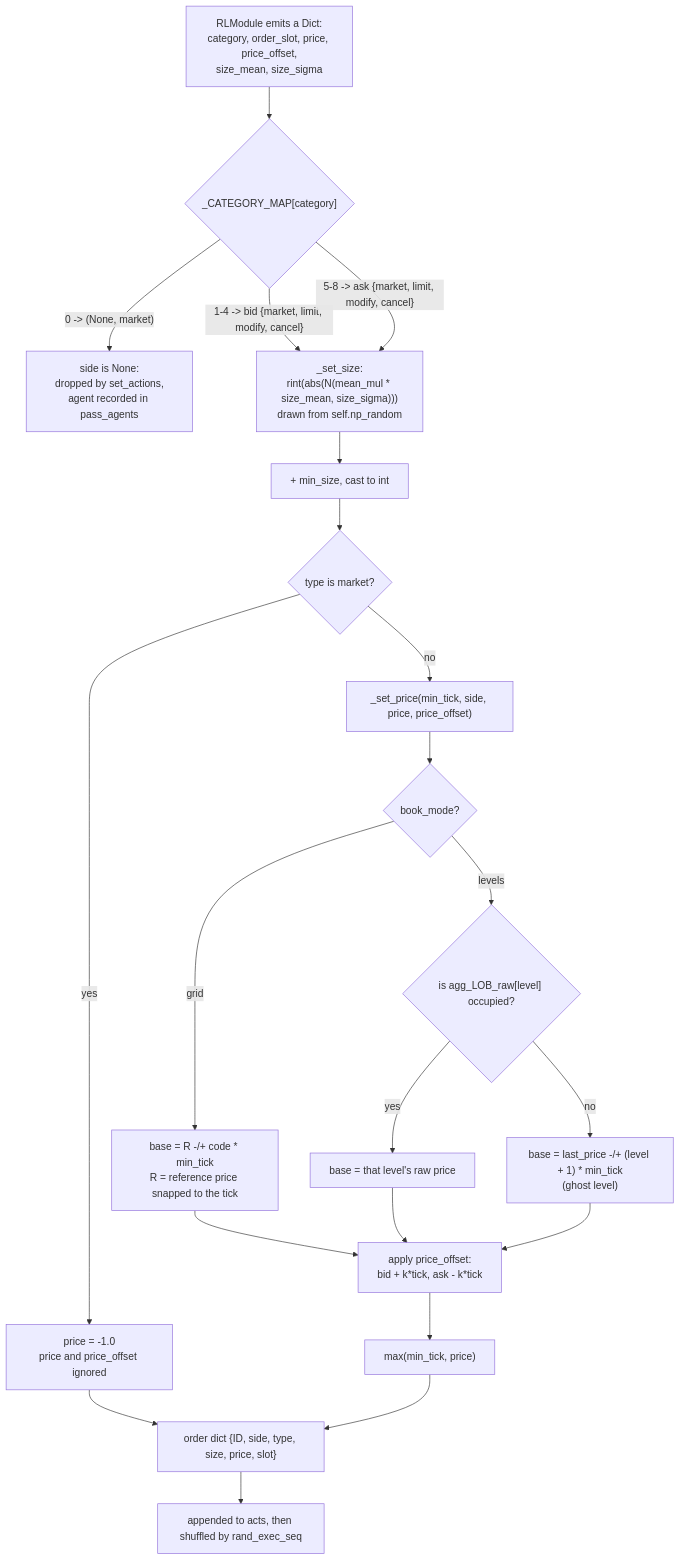
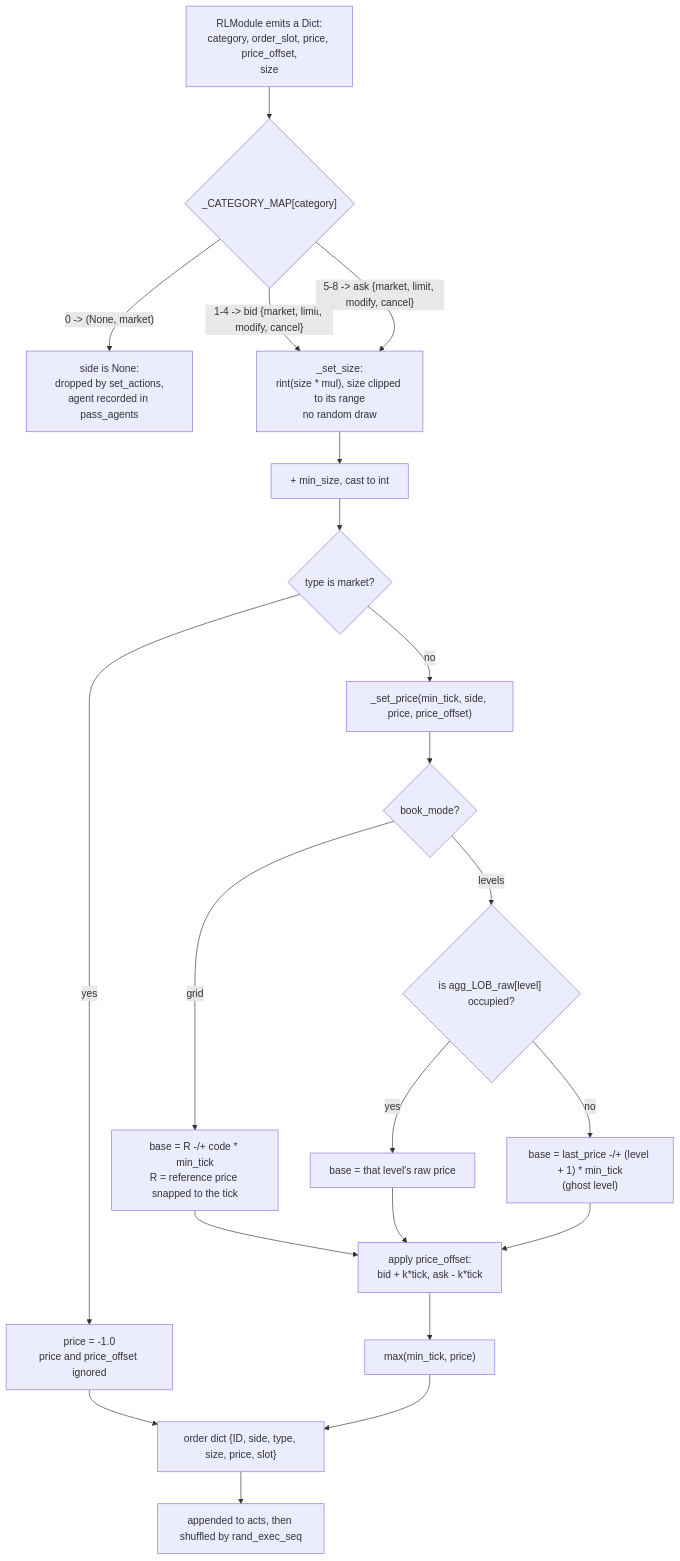
Before and after one commit to ChuaCheowHuan/gym-continuousDoubleAuction: the diagram in doc/06_action_space.md, drawn with Mermaid. The commit also changed other lines of this file and 13 other files, not shown here.

````diff
--- a/doc/06_action_space.md
+++ b/doc/06_action_space.md
@@ -37,26 +36,26 @@
 ```mermaid
 flowchart TD
-    NN["RLModule emits a Dict:<br/>category, order_slot, price, price_offset,<br/>size_mean, size_sigma"] --> CAT{"_CATEGORY_MAP[category]"}
+    NN["RLModule emits a Dict:<br/>category, order_slot, price, price_offset,<br/>size"] --> CAT{"_CATEGORY_MAP[category]"}
     CAT -->|"0 -> (None, market)"| PASS["side is None:<br/>dropped by set_actions,<br/>agent recorded in pass_agents"]
     CAT -->|"1-4 -> bid {market, limit, modify, cancel}"| SIZE
     CAT -->|"5-8 -> ask {market, limit, modify, cancel}"| SIZE
 
-    SIZE["_set_size:<br/>rint(abs(N(mean_mul * size_mean, size_sigma)))<br/>drawn from self.np_random"] --> PLUS["+ min_size, cast to int"]
+    SIZE["_set_size:<br/>rint(size * mul), size clipped to its range<br/>no random draw"] --> PLUS["+ min_size, cast to int"]
     PLUS --> TYPE{"type is market?"}
     TYPE -->|"yes"| MKT["price = -1.0<br/>price and price_offset ignored"]
     TYPE -->|"no"| PR["_set_price(min_tick, side, price, price_offset)"]
 
     PR --> MODE{"book_mode?"}
     MODE -->|"grid"| GRID["base = R -/+ code * min_tick<br/>R = reference price snapped to the tick"]
     MODE -->|"levels"| LVL{"is agg_LOB_raw[level] occupied?"}
     LVL -->|"yes"| REAL["base = that level's raw price"]
     LVL -->|"no"| GHOST["base = last_price -/+ (level + 1) * min_tick<br/>(ghost level)"]
     GRID --> OFF["apply price_offset:<br/>bid + k*tick, ask - k*tick"]
     REAL --> OFF
     GHOST --> OFF
     OFF --> CLAMP["max(min_tick, price)"]
 
     MKT --> OUT["order dict {ID, side, type, size, price, slot}"]
     CLAMP --> OUT
     OUT --> QUEUE["appended to acts, then shuffled by rand_exec_seq"]
 ```
````
